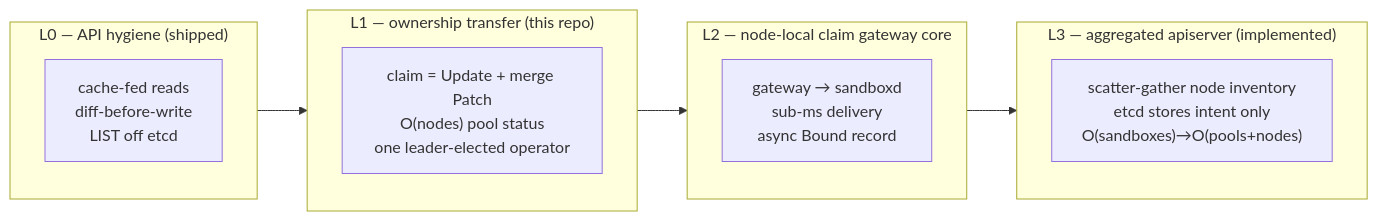
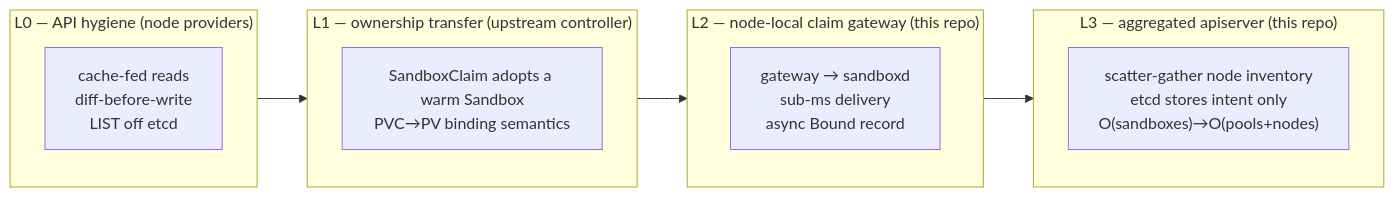
One commit to cocoonstack/sandbox-operator changed the diagram in docs/scaling-design.md. Above: the diagram before and after it, drawn with Mermaid. The commit also changed other lines of this file and 208 other files, not shown here.

````diff
--- a/docs/scaling-design.md
+++ b/docs/scaling-design.md
@@ -29,16 +29,16 @@
 ```mermaid
 flowchart LR
-    subgraph L0["L0 — API hygiene (shipped)"]
+    subgraph L0["L0 — API hygiene (node providers)"]
         L0a["cache-fed reads<br/>diff-before-write<br/>LIST off etcd"]
     end
-    subgraph L1["L1 — ownership transfer (this repo)"]
-        L1a["claim = Update + merge Patch<br/>O(nodes) pool status<br/>one leader-elected operator"]
+    subgraph L1["L1 — ownership transfer (upstream controller)"]
+        L1a["SandboxClaim adopts a warm Sandbox<br/>PVC→PV binding semantics"]
     end
-    subgraph L2["L2 — node-local claim gateway core"]
+    subgraph L2["L2 — node-local claim gateway (this repo)"]
         L2a["gateway → sandboxd<br/>sub-ms delivery<br/>async Bound record"]
     end
-    subgraph L3["L3 — aggregated apiserver (implemented)"]
+    subgraph L3["L3 — aggregated apiserver (this repo)"]
         L3a["scatter-gather node inventory<br/>etcd stores intent only<br/>O(sandboxes)→O(pools+nodes)"]
     end
     L0 --> L1 --> L2 --> L3
 ```
````
